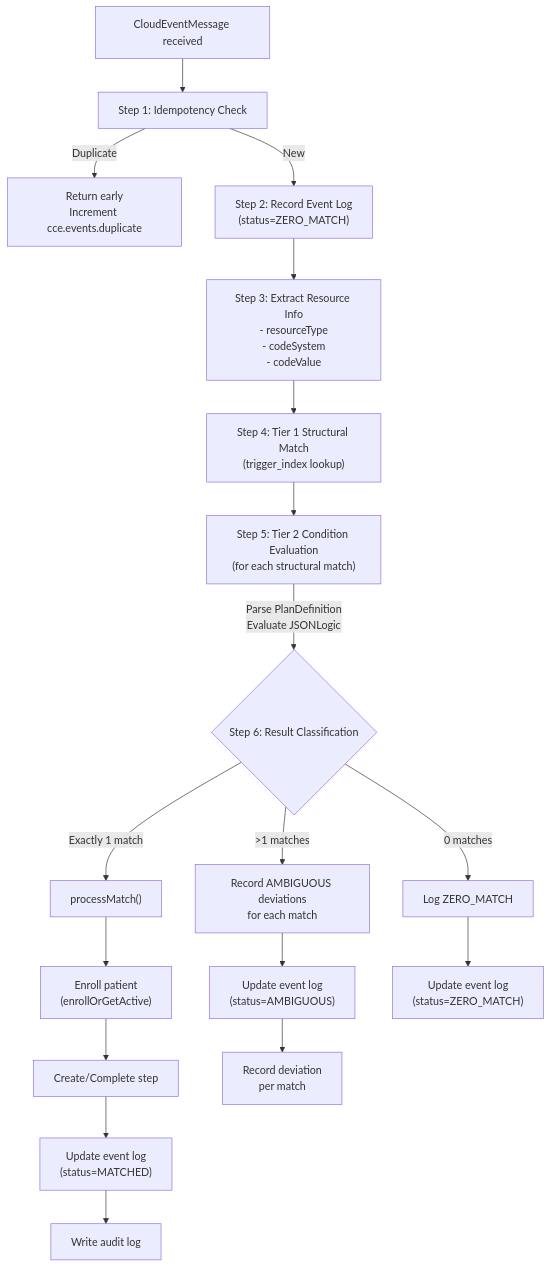
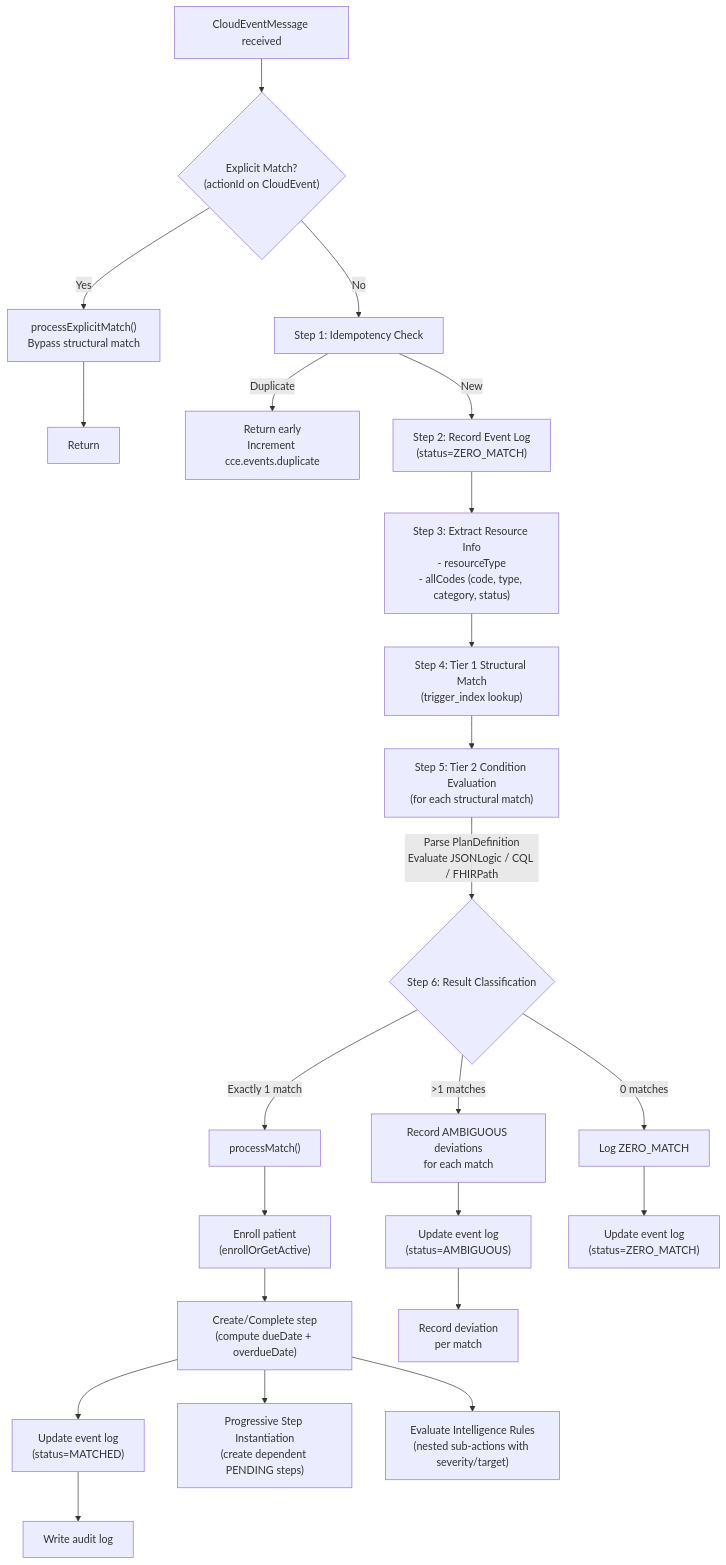
The third of 6 diagrams in docs/low-level-design.md (ishashankakkasali/cce-compliance-service), drawn with Mermaid before and after one commit. The commit also changed other lines of this file and 4 other files, not shown here.

````diff
--- a/docs/low-level-design.md
+++ b/docs/low-level-design.md
@@ -270,35 +273,42 @@
 ```mermaid
 flowchart TD
-    START["CloudEventMessage received"] --> S1
+    START["CloudEventMessage received"] --> EXPL
+
+    EXPL{"Explicit Match?<br/>(actionId on CloudEvent)"}
+    EXPL -->|"Yes"| EXPLM["processExplicitMatch()<br/>Bypass structural match"]
+    EXPL -->|"No"| S1
+    EXPLM --> DONE["Return"]
 
     S1["Step 1: Idempotency Check"]
     S1 -->|"Duplicate"| DUP["Return early<br/>Increment cce.events.duplicate"]
     S1 -->|"New"| S2
 
     S2["Step 2: Record Event Log<br/>(status=ZERO_MATCH)"]
     S2 --> S3
 
-    S3["Step 3: Extract Resource Info<br/>- resourceType<br/>- codeSystem<br/>- codeValue"]
+    S3["Step 3: Extract Resource Info<br/>- resourceType<br/>- allCodes (code, type, category, status)"]
     S3 --> S4
 
     S4["Step 4: Tier 1 Structural Match<br/>(trigger_index lookup)"]
     S4 --> S5
 
     S5["Step 5: Tier 2 Condition Evaluation<br/>(for each structural match)"]
-    S5 -->|"Parse PlanDefinition<br/>Evaluate JSONLogic"| S6
+    S5 -->|"Parse PlanDefinition<br/>Evaluate JSONLogic / CQL / FHIRPath"| S6
 
     S6{"Step 6: Result Classification"}
     S6 -->|"Exactly 1 match"| MATCH["processMatch()"]
     S6 -->|">1 matches"| AMBIG["Record AMBIGUOUS deviations<br/>for each match"]
     S6 -->|"0 matches"| ZERO["Log ZERO_MATCH"]
 
     MATCH --> M1["Enroll patient<br/>(enrollOrGetActive)"]
-    M1 --> M2["Create/Complete step"]
+    M1 --> M2["Create/Complete step<br/>(compute dueDate + overdueDate)"]
     M2 --> M3["Update event log<br/>(status=MATCHED)"]
     M3 --> M4["Write audit log"]
+    M2 --> M5["Progressive Step Instantiation<br/>(create dependent PENDING steps)"]
+    M2 --> M6["Evaluate Intelligence Rules<br/>(nested sub-actions with severity/target)"]
 
     AMBIG --> A1["Update event log<br/>(status=AMBIGUOUS)"]
     A1 --> A2["Record deviation<br/>per match"]
 
     ZERO --> Z1["Update event log<br/>(status=ZERO_MATCH)"]
 ```
````
